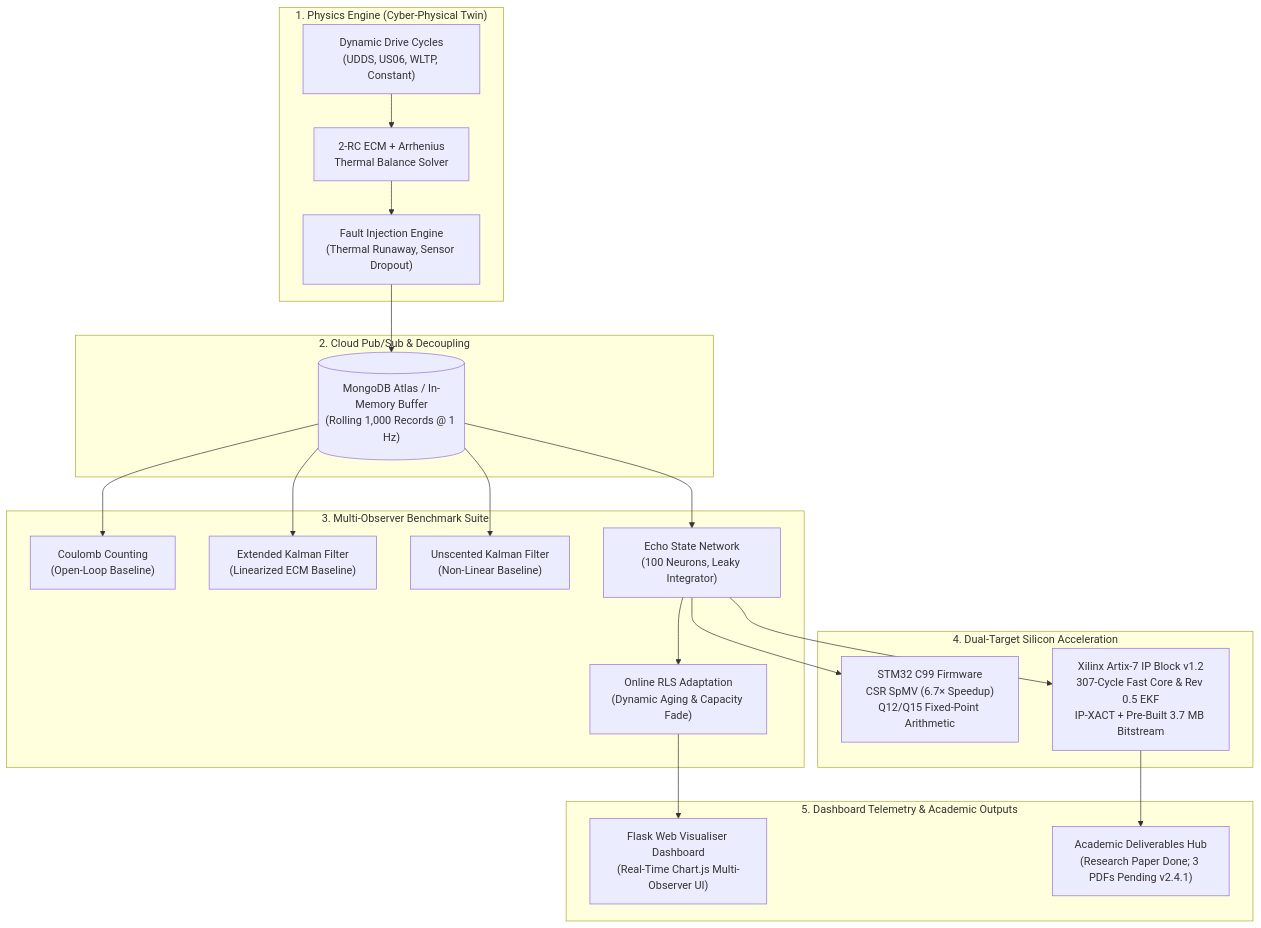
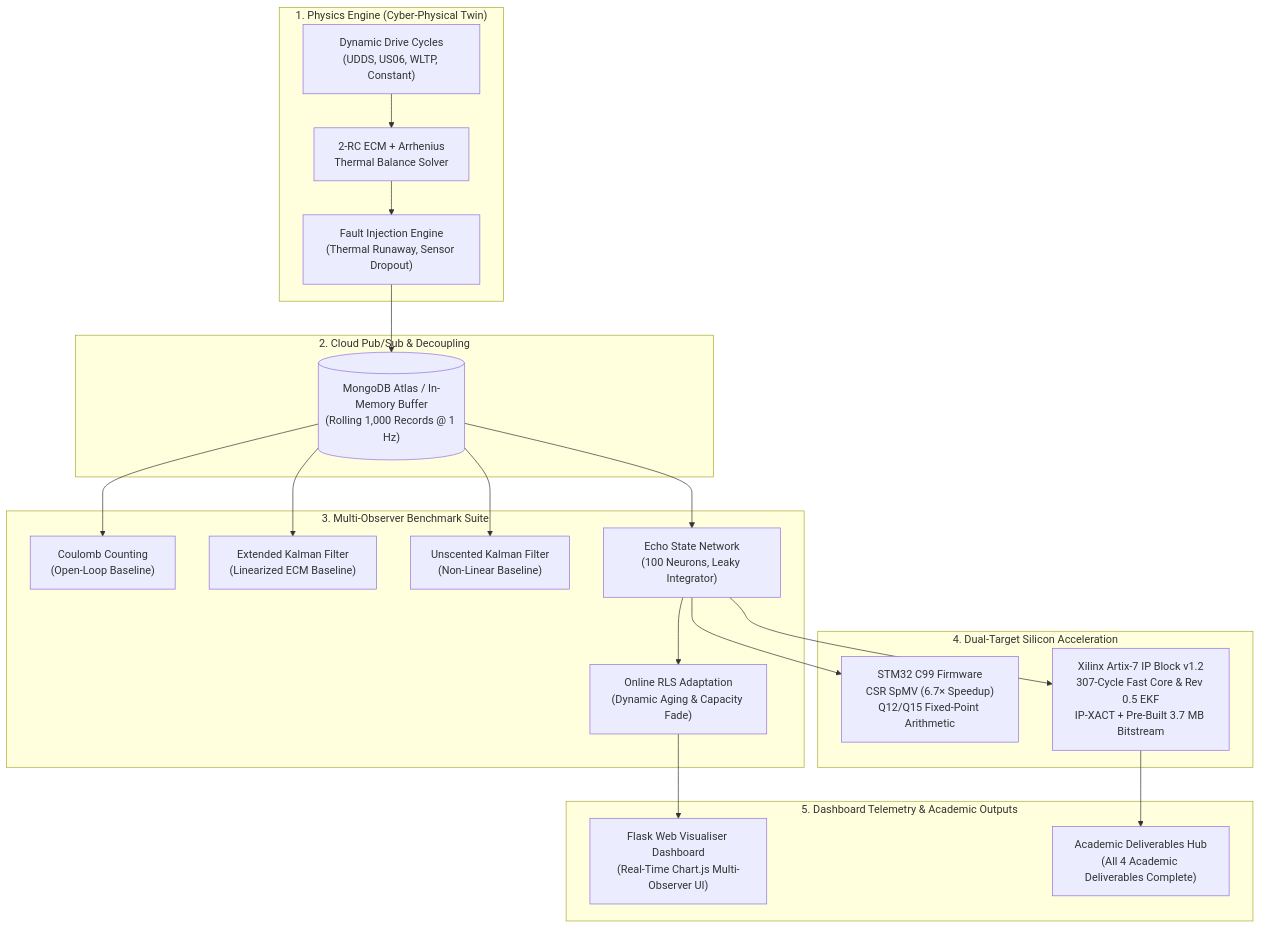
The third of 3 diagrams in README.md (tanish-jain-225/Battery_State_Estimator_BE_Project_2026_2027), drawn with Mermaid before and after one commit. The commit also changed other lines of this file and 24 other files, not shown here.

````diff
--- a/README.md
+++ b/README.md
@@ -220,29 +220,29 @@
 ```mermaid
 flowchart TD
     subgraph P1["1. Physics Engine (Cyber-Physical Twin)"]
         DC["Dynamic Drive Cycles<br/>(UDDS, US06, WLTP, Constant)"] --> ECM["2-RC ECM + Arrhenius<br/>Thermal Balance Solver"]
         ECM --> FLT["Fault Injection Engine<br/>(Thermal Runaway, Sensor Dropout)"]
     end
 
     subgraph P2["2. Cloud Pub/Sub & Decoupling"]
         FLT --> DB[("MongoDB Atlas / In-Memory Buffer<br/>(Rolling 1,000 Records @ 1 Hz)")]
     end
 
     subgraph P3["3. Multi-Observer Benchmark Suite"]
         DB --> CC["Coulomb Counting<br/>(Open-Loop Baseline)"]
         DB --> EKF["Extended Kalman Filter<br/>(Linearized ECM Baseline)"]
         DB --> UKF["Unscented Kalman Filter<br/>(Non-Linear Baseline)"]
         DB --> ESN["Echo State Network<br/>(100 Neurons, Leaky Integrator)"]
         ESN --> RLS["Online RLS Adaptation<br/>(Dynamic Aging & Capacity Fade)"]
     end
 
     subgraph P4["4. Dual-Target Silicon Acceleration"]
         ESN --> MCU["STM32 C99 Firmware<br/>CSR SpMV (6.7× Speedup)<br/>Q12/Q15 Fixed-Point Arithmetic"]
         ESN --> FPGA["Xilinx Artix-7 IP Block v1.2<br/>307-Cycle Fast Core & Rev 0.5 EKF<br/>IP-XACT + Pre-Built 3.7 MB Bitstream"]
     end
 
     subgraph P5["5. Dashboard Telemetry & Academic Outputs"]
         RLS --> DASH["Flask Web Visualiser Dashboard<br/>(Real-Time Chart.js Multi-Observer UI)"]
-        FPGA --> PUB["Academic Deliverables Hub<br/>(Research Paper Done; 3 PDFs Pending v2.4.1)"]
+        FPGA --> PUB["Academic Deliverables Hub<br/>(All 4 Academic Deliverables Complete)"]
     end
 ```
````
